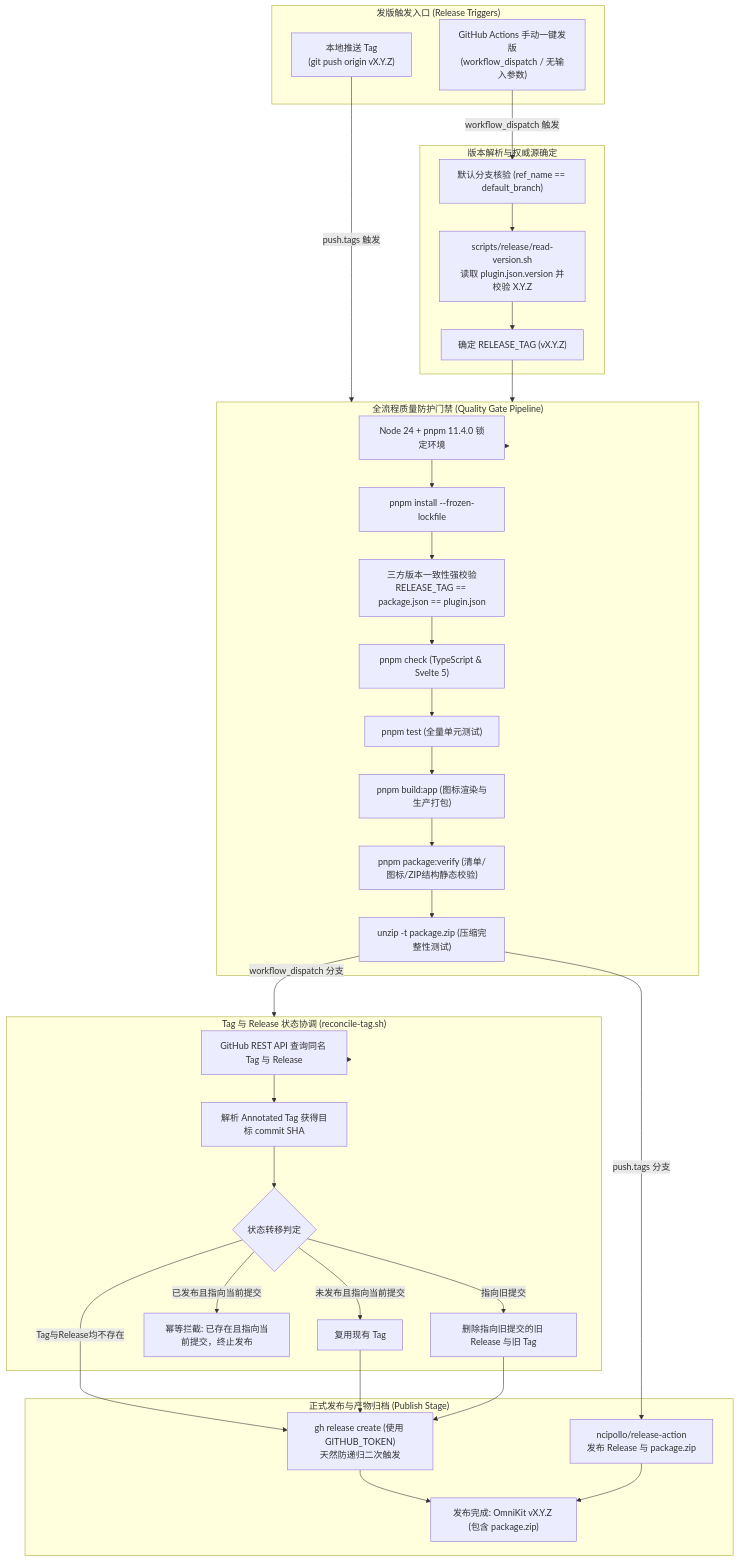
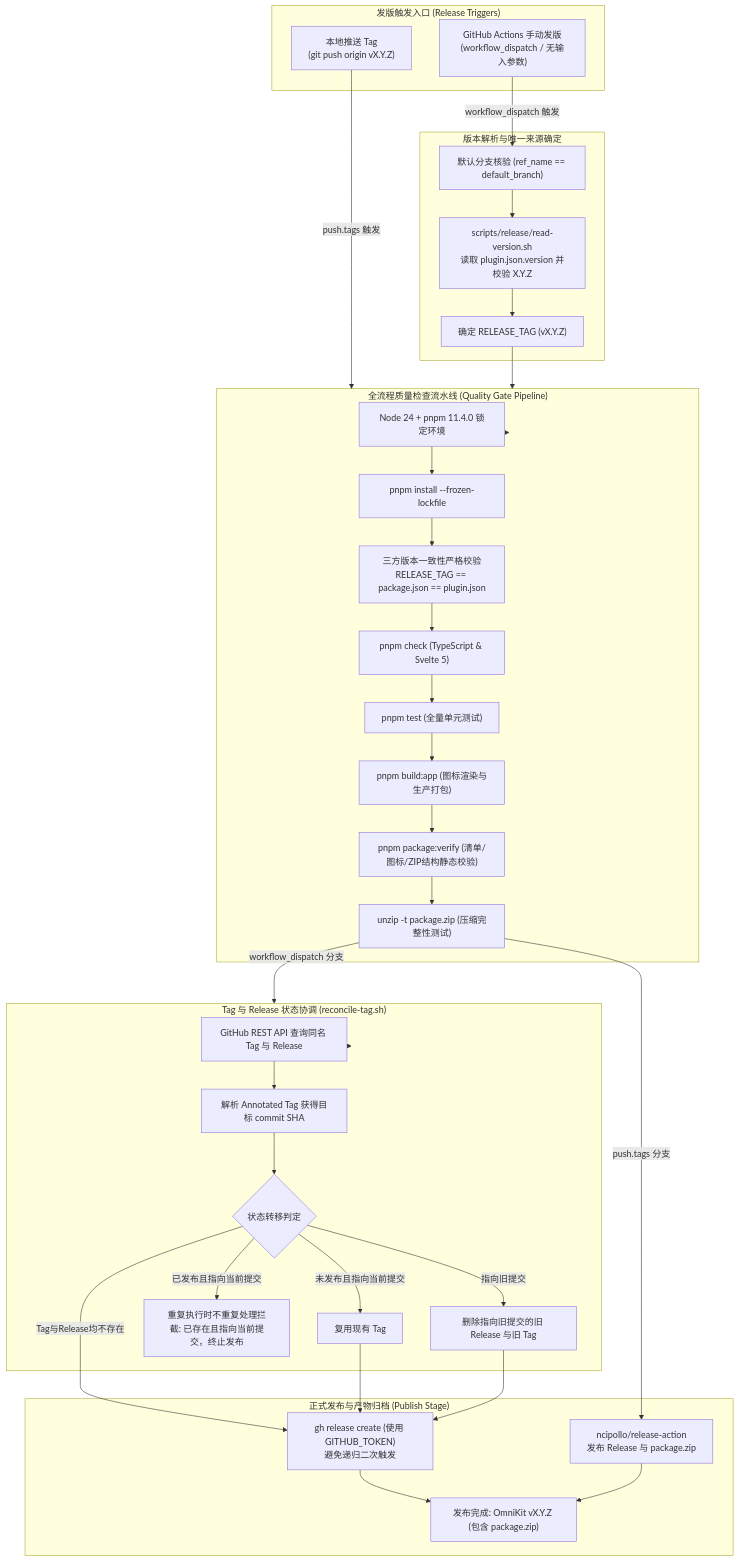
The seventh of 7 diagrams in docs/ARCHITECTURE.md (Forgo7ten/siyuan-plugin-omnikit), drawn with Mermaid before and after one commit. The commit also changed other lines of this file and 42 other files, not shown here.

````diff
--- a/docs/ARCHITECTURE.md
+++ b/docs/ARCHITECTURE.md
@@ -966,71 +1109,71 @@
 ```mermaid
 flowchart TD
     subgraph Trigger["发版触发入口 (Release Triggers)"]
         TagPush["本地推送 Tag<br/>(git push origin vX.Y.Z)"]
-        ManualDispatch["GitHub Actions 手动一键发版<br/>(workflow_dispatch / 无输入参数)"]
+        ManualDispatch["GitHub Actions 手动发版<br/>(workflow_dispatch / 无输入参数)"]
     end
 
-    subgraph VersionResolution["版本解析与权威源确定"]
+    subgraph VersionResolution["版本解析与唯一来源确定"]
         CheckBranch["默认分支核验 (ref_name == default_branch)"]
         ExtractVersion["scripts/release/read-version.sh<br/>读取 plugin.json.version 并校验 X.Y.Z"]
         ResolvedTag["确定 RELEASE_TAG (vX.Y.Z)"]
     end
 
-    subgraph QualityGate["全流程质量防护门禁 (Quality Gate Pipeline)"]
+    subgraph QualityGate["全流程质量检查流水线 (Quality Gate Pipeline)"]
         EnvSetup["Node 24 + pnpm 11.4.0 锁定环境"]
         FrozenInstall["pnpm install --frozen-lockfile"]
-        VersionCheck["三方版本一致性强校验<br/>RELEASE_TAG == package.json == plugin.json"]
+        VersionCheck["三方版本一致性严格校验<br/>RELEASE_TAG == package.json == plugin.json"]
         TypeCheck["pnpm check (TypeScript & Svelte 5)"]
         UnitTests["pnpm test (全量单元测试)"]
         BuildApp["pnpm build:app (图标渲染与生产打包)"]
         VerifyPkg["pnpm package:verify (清单/图标/ZIP结构静态校验)"]
         ZipTest["unzip -t package.zip (压缩完整性测试)"]
     end
 
     subgraph ReconcileTag["Tag 与 Release 状态协调 (reconcile-tag.sh)"]
         QueryState["GitHub REST API 查询同名 Tag 与 Release"]
         ResolveCommit["解析 Annotated Tag 获得目标 commit SHA"]
         DecideAction{"状态转移判定"}
         ReuseTag["复用现有 Tag"]
-        AbortDup["幂等拦截: 已存在且指向当前提交，终止发布"]
+        AbortDup["重复执行时不重复处理拦截: 已存在且指向当前提交，终止发布"]
         DeleteOld["删除指向旧提交的旧 Release 与旧 Tag"]
     end
 
     subgraph PublishStage["正式发布与产物归档 (Publish Stage)"]
-        GhRelease["gh release create (使用 GITHUB_TOKEN)<br/>天然防递归二次触发"]
+        GhRelease["gh release create (使用 GITHUB_TOKEN)<br/>避免递归二次触发"]
         NcipolloAction["ncipollo/release-action<br/>发布 Release 与 package.zip"]
         Finish["发布完成: OmniKit vX.Y.Z (包含 package.zip)"]
     end
 
     TagPush -->|push.tags 触发| QualityGate
     ManualDispatch -->|workflow_dispatch 触发| CheckBranch
     CheckBranch --> ExtractVersion
     ExtractVersion --> ResolvedTag
     ResolvedTag --> QualityGate
 
     QualityGate --> EnvSetup
     EnvSetup --> FrozenInstall
     FrozenInstall --> VersionCheck
     VersionCheck --> TypeCheck
     TypeCheck --> UnitTests
     UnitTests --> BuildApp
     BuildApp --> VerifyPkg
     VerifyPkg --> ZipTest
 
     ZipTest -->|workflow_dispatch 分支| ReconcileTag
     ZipTest -->|push.tags 分支| NcipolloAction
 
     ReconcileTag --> QueryState
     QueryState --> ResolveCommit
     ResolveCommit --> DecideAction
     DecideAction -->|未发布且指向当前提交| ReuseTag
     DecideAction -->|已发布且指向当前提交| AbortDup
     DecideAction -->|指向旧提交| DeleteOld
     DecideAction -->|Tag与Release均不存在| GhRelease
 
     ReuseTag --> GhRelease
     DeleteOld --> GhRelease
 
     GhRelease --> Finish
     NcipolloAction --> Finish
 ```
````
